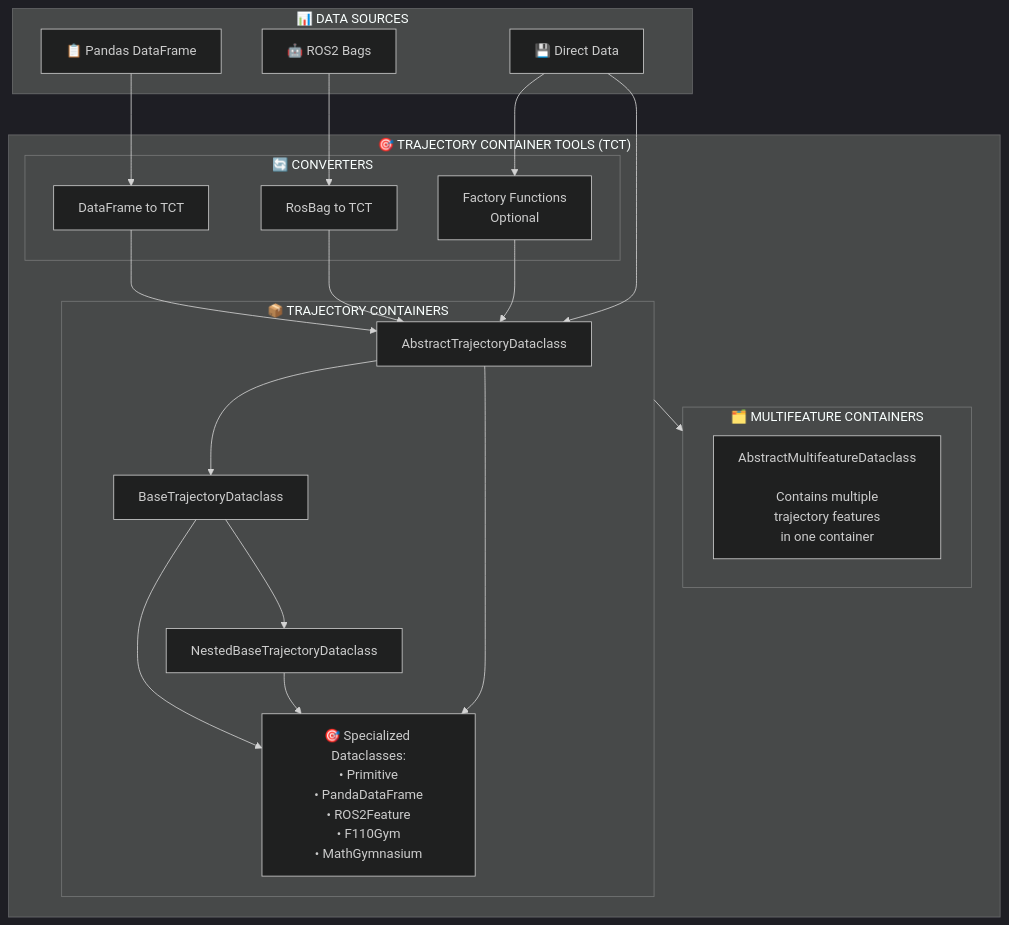
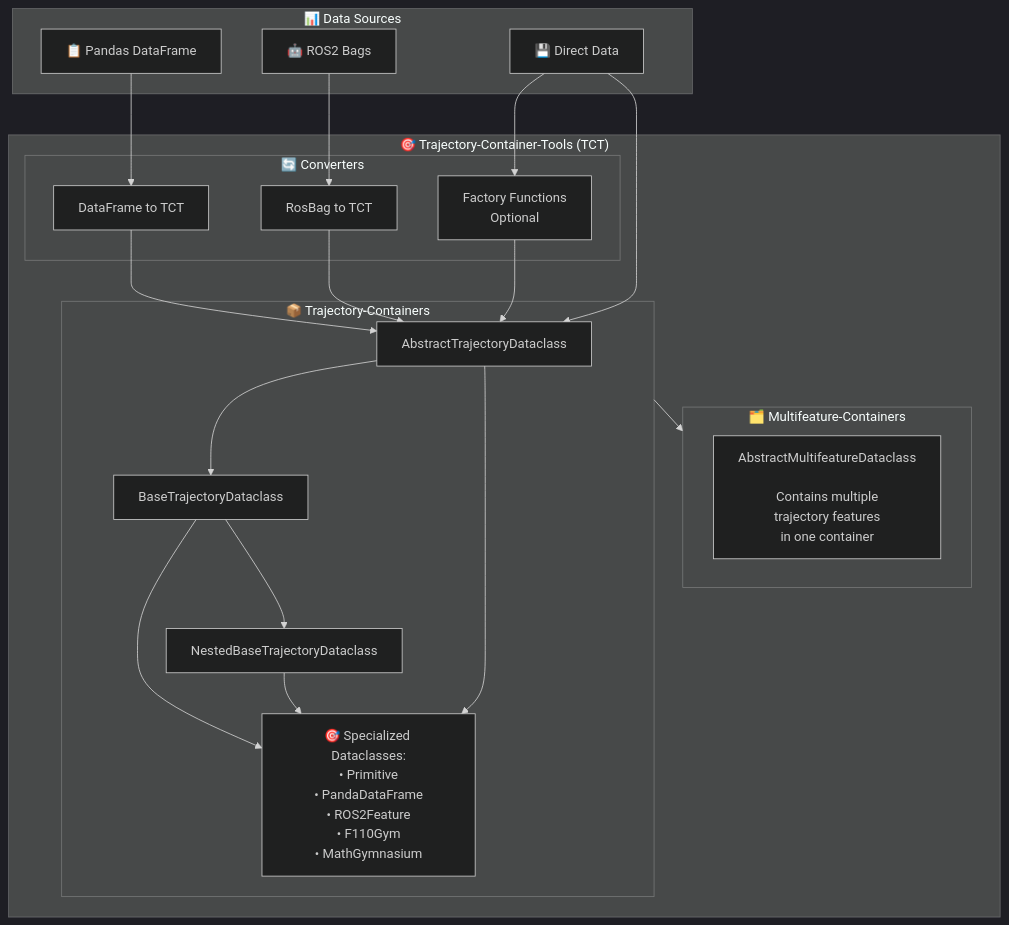
The diagram in documentation/README.md (norlab-ulaval/trajectory-container-tools), drawn with Mermaid (dark theme) before and after one commit.

Commit message:
docs: standardize capitalization in mermaid diagrams
- Updated titles across the mermaid diagrams in `README.md` to use consistent
  capitalization for improved readability and alignment with documentation
  standards.
- Reflected the naming consistency in all subgraph labels, maintaining clarity
  in the data flow and architecture representation.

Issue TCT-33

````diff
--- a/documentation/README.md
+++ b/documentation/README.md
@@ -29,47 +29,46 @@
 ```mermaid
 graph TB
-    subgraph DS["📊 DATA SOURCES"]
+    subgraph DS["📊 Data Sources"]
         DF[📋 Pandas DataFrame]
         ROS[🤖 ROS2 Bags]
         DD[💾 Direct Data]
     end
     
-    subgraph TCT["🎯 TRAJECTORY CONTAINER TOOLS (TCT)"]
+    subgraph TCT["🎯 Trajectory-Container-Tools (TCT)"]
         
-        subgraph MFC["🗂️ MULTIFEATURE CONTAINERS"]
+        subgraph MFC["🗂️ Multifeature-Containers"]
             AMC[AbstractMultifeatureDataclass<br/><br/>Contains multiple<br/>trajectory features<br/>in one container]
         end
         
-        subgraph TC["📦 TRAJECTORY CONTAINERS"]
+        subgraph TC["📦 Trajectory-Containers"]
             ATC[AbstractTrajectoryDataclass]
             BTC[BaseTrajectoryDataclass]
             NBTC[NestedBaseTrajectoryDataclass]
             SC[🎯 Specialized Dataclasses:<br/>• Primitive<br/>• PandaDataFrame<br/>• ROS2Feature<br/>• F110Gym<br/>• MathGymnasium<br/>]
         end
         
-        subgraph CONV["🔄 CONVERTERS"]
+        subgraph CONV["🔄 Converters"]
             DFC[DataFrame to TCT]
             RC[RosBag to TCT]
             FF[Factory Functions<br/>Optional]
         end
         
     end
     
     %% Data flow connections
     TC --> MFC 
         
     DF --> DFC
     ROS --> RC
     DD --> FF
     DD --> ATC
     
     DFC --> ATC
     RC --> ATC
     FF --> ATC
     
     ATC --> BTC --> SC
     BTC --> NBTC --> SC 
     ATC --> SC
     
-    
 ```
````
